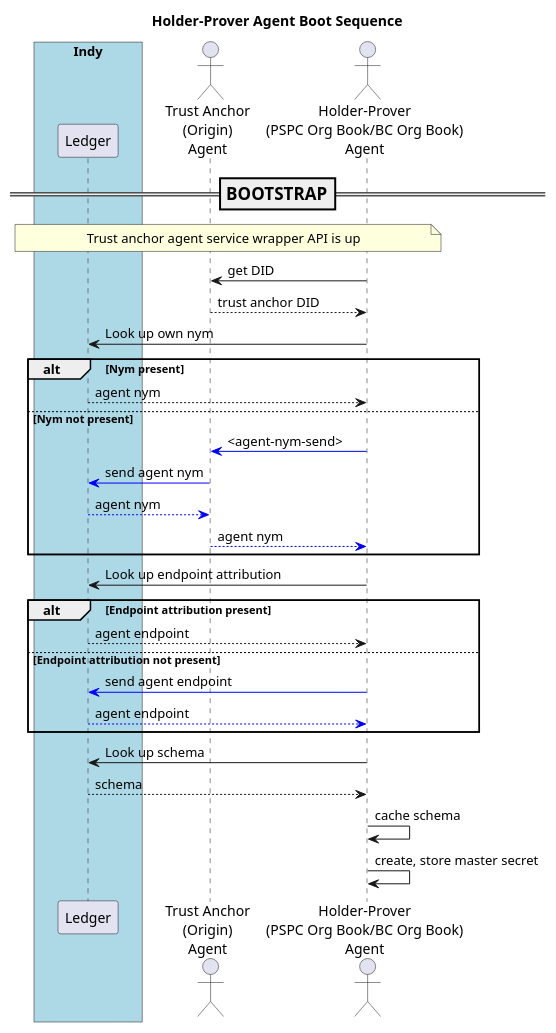
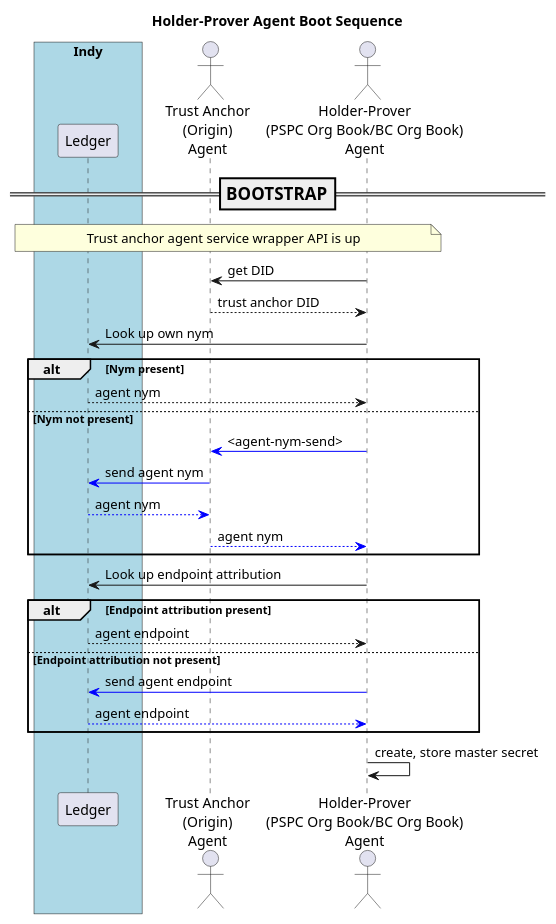
One commit to PSPC-SPAC-buyandsell/von_base changed the diagram in doc/pic/src/boot.obag.puml. Above: the diagram before and after it, drawn with PlantUML. The commit also changed 20 other files, not shown here.

Commit message:
allow each issuer to originate one schema (or none)

```diff
--- a/doc/pic/src/boot.obag.puml
+++ b/doc/pic/src/boot.obag.puml
@@ -1,61 +1,57 @@
 @startuml
 /'
 Copyright 2017 Government of Canada - Public Services and Procurement Canada - buyandsell.gc.ca
 
 Licensed under the Apache License, Version 2.0 (the "License");
 you may not use this file except in compliance with the License.
 You may obtain a copy of the License at
 
 http://www.apache.org/licenses/LICENSE-2.0
 
 Unless required by applicable law or agreed to in writing, software
 distributed under the License is distributed on an "AS IS" BASIS,
 WITHOUT WARRANTIES OR CONDITIONS OF ANY KIND, either express or implied.
 See the License for the specific language governing permissions and
 limitations under the License.
 '/
 
 skinparam ParticipantPadding 20
 skinparam BaloxPadding 20
 
 title Holder-Prover Agent Boot Sequence
 
 box "Indy" #LightBlue
     participant "Ledger" as ledger
 endbox
 actor "Trust Anchor\n(Origin)\nAgent" as tag
 actor "Holder-Prover\n(PSPC Org Book/BC Org Book)\nAgent" as obag
 
 === BOOTSTRAP ==
 note over ledger, obag
 Trust anchor agent service wrapper API is up
 endnote
 
 obag -> tag: get DID
 tag --> obag: trust anchor DID
 
 obag -> ledger: Look up own nym
 alt Nym present
     ledger --> obag: agent nym
 else Nym not present
     obag -[#blue]> tag: <agent-nym-send>
     tag -[#blue]> ledger: send agent nym
     ledger --[#blue]> tag: agent nym
     tag --[#blue]> obag: agent nym
 end
 
 obag -> ledger: Look up endpoint attribution
 alt Endpoint attribution present
     ledger --> obag: agent endpoint
 else Endpoint attribution not present
     obag -[#blue]> ledger: send agent endpoint
     ledger --[#blue]> obag: agent endpoint
 end
 
-obag -> ledger: Look up schema
-ledger --> obag: schema
-obag -> obag: cache schema
-
 obag -> obag: create, store master secret
 
 @enduml
```
